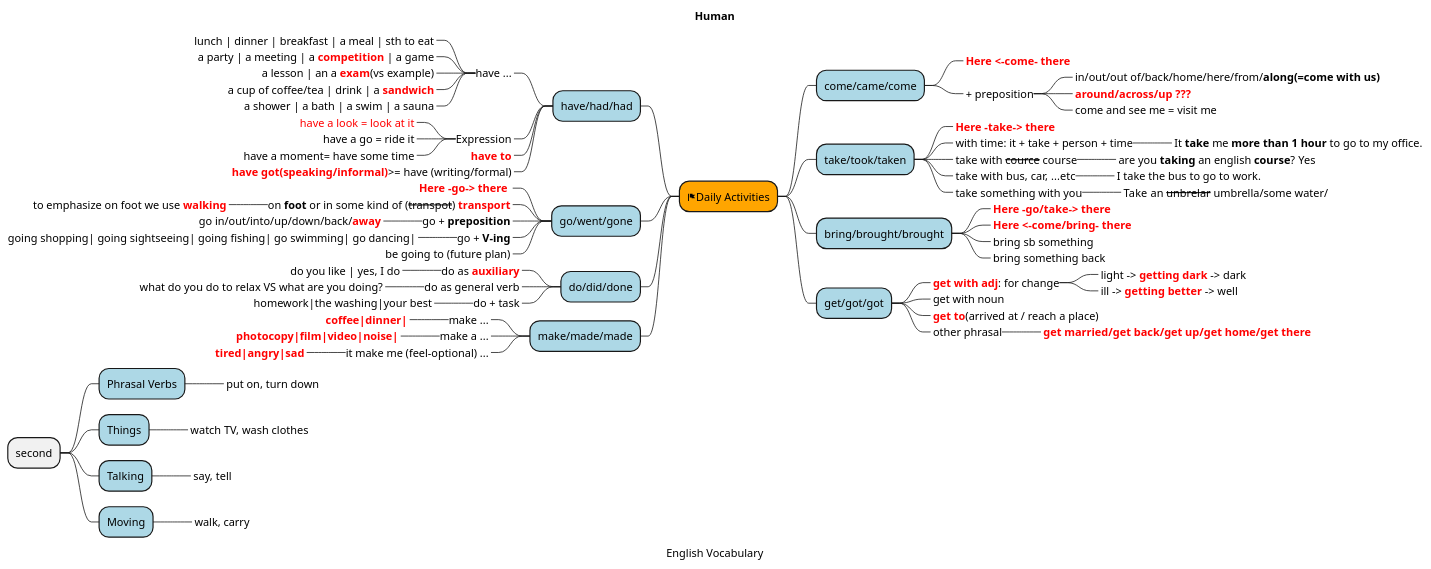
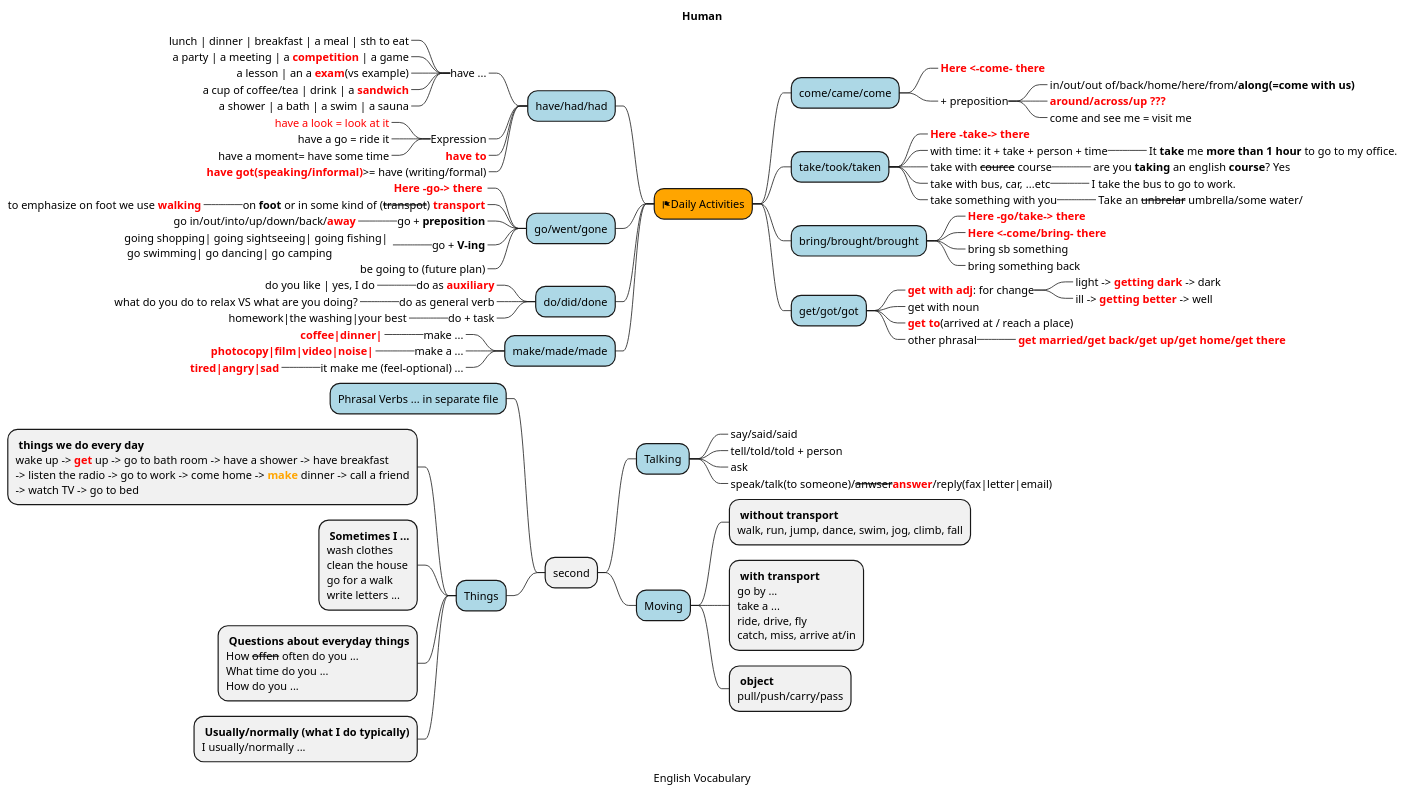
Before and after one commit to thanhnv2210/MyPlantuml: the diagram in src/English/FirstPhrase01/07_EveryDayActivities.puml, drawn with PlantUML. The commit also changed 17 other files, not shown here.

```diff
--- a/src/English/FirstPhrase01/07_EveryDayActivities.puml
+++ b/src/English/FirstPhrase01/07_EveryDayActivities.puml
@@ -1,96 +1,123 @@
 @startmindmap
 caption English Vocabulary
 title Human
 
 *[#Orange] <&flag>Daily Activities
 left side
 **[#lightblue] have/had/had
 ---_ have ...
 ----_ lunch | dinner | breakfast | a meal | sth to eat
 ----_ a party | a meeting | a <color:red><b>competition</color> | a game
 ----_ a lesson | an a <color:red><b>exam</color>(vs example)
 ----_ a cup of coffee/tea | drink | a <color:red><b>sandwich</color>
 ----_ a shower | a bath | a swim | a sauna
 ***_ Expression
 ----_ <color:red>have a look = look at it
 ----_ have a go = ride it
 ----_ have a moment= have some time
 ***_ <color:red><b>have to
 ***_ <color:red><b>have got(speaking/informal)</color>>= have (writing/formal)
 
 **[#lightblue] go/went/gone
 ***_ <color:red><b>Here -go-> there </color>
 ***_ on <b>foot</b> or in some kind of (--transpot--) <color:red><b>transport
 ****_ to emphasize on foot we use <color:red><b>walking
 ***_ go + <b>preposition
 ****_ go in/out/into/up/down/back/<color:red><b>away
 ***_ go + <b>V-ing
-****_ going shopping| going sightseeing| going fishing| go swimming| go dancing|
+****_ going shopping| going sightseeing| going fishing| \n go swimming| go dancing| go camping
 ***_ be going to (future plan)
 
 **[#lightblue] do/did/done
 ***_ do as <color:red><b>auxiliary</color>
 ****_ do you like | yes, I do
 ***_ do as general verb
 ****_ what do you do to relax VS what are you doing?
 ***_ do + task
 ****_ homework|the washing|your best
 
 **[#lightblue] make/made/made
 ***_ make ...
 ****_ <color:red><b>coffee|dinner|
 ***_ make a ...
 ****_ <color:red><b>photocopy|film|video|noise|
 ***_ it make me (feel-optional) ...
 ****_ <color:red><b>tired|angry|sad
 
 right side
 **[#lightblue] come/came/come
 ***_ <color:red><b>Here <-come- there </color>
 ***_ + preposition
 ****_ in/out/out of/back/home/here/from/<b>along(=come with us)
 ****_ <color:red><b>around/across/up ???
 ****_ come and see me = visit me
 
 
 **[#lightblue] take/took/taken
 ***_ <color:red><b>Here -take-> there </color>
 ***_ with time: it + take + person + time
 ****_ It <b>take</b> me <b>more than 1 hour</b> to go to my office.
 ***_ take with --cource-- course
 ****_ are you <b>taking</b> an english <b>course</b>? Yes
 ***_ take with bus, car, ...etc
 ****_ I take the bus to go to work.
 ***_ take something with you
 ****_ Take an --unbrelar-- umbrella/some water/
 
 **[#lightblue] bring/brought/brought
 ***_ <color:red><b>Here -go/take-> there </color>
 ***_ <color:red><b>Here <-come/bring- there </color>
 ***_ bring sb something
 ***_ bring something back
 
 **[#lightblue] get/got/got
 ***_ <color:red><b>get with adj</color>: for change
 ****_ light -> <color:red><b>getting dark</color> -> dark
 ****_ ill -> <color:red><b>getting better</color> -> well
 ***_ get with noun
 ***_ <color:red><b>get to</color>(arrived at / reach a place)
 ***_ other phrasal
 ****_ <color:red><b>get married/get back/get up/get home/get there
 
 * second
+left side
+**[#lightblue] Phrasal Verbs ... in separate file
+**[#lightblue] Things
+***: <b>things we do every day
+wake up -> <b><color:red>get</b> up -> go to bath room -> have a shower -> have breakfast
+-> listen the radio -> go to work -> come home -> <b><color:orange>make</b> dinner -> call a friend
+-> watch TV -> go to bed;
+***: <b>Sometimes I ...
+wash clothes
+clean the house
+go for a walk
+write letters ...;
+***: <b>Questions about everyday things
+How --offen-- often do you ...
+What time do you ...
+How do you ...;
+***: <b>Usually/normally (what I do typically)
+I usually/normally ...;
+
 right side
-**[#lightblue] Phrasal Verbs
-***_ put on, turn down
-**[#lightblue] Things
-***_ watch TV, wash clothes
 **[#lightblue] Talking
-***_ say, tell
+***_ say/said/said
+***_ tell/told/told + person
+***_ ask
+***_ speak/talk(to someone)/--anwser--<b><color:red>answer</b>/reply(fax|letter|email)
+
 **[#lightblue] Moving
-***_ walk, carry
+***: <b>without transport
+walk, run, jump, dance, swim, jog, climb, fall;
+***: <b>with transport
+go by ...
+take a ...
+ride, drive, fly
+catch, miss, arrive at/in;
+***: <b>object
+pull/push/carry/pass;
 
 
 
 
 @endmindmap
```
